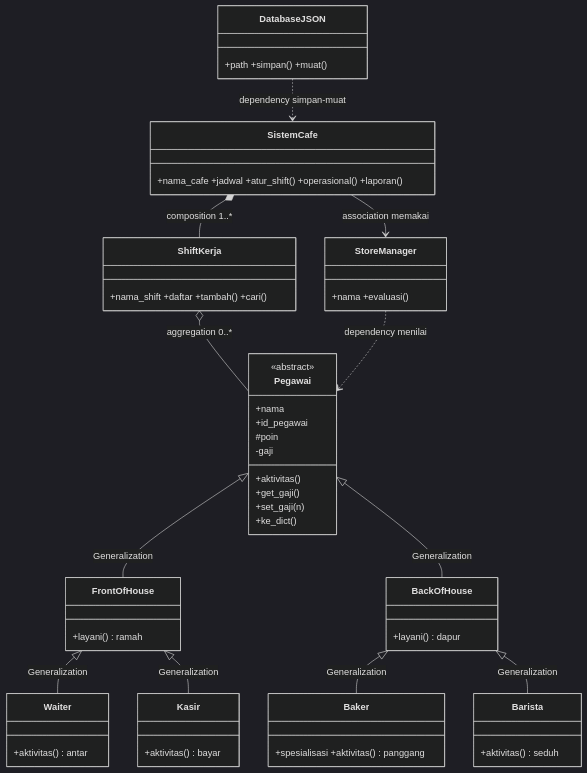
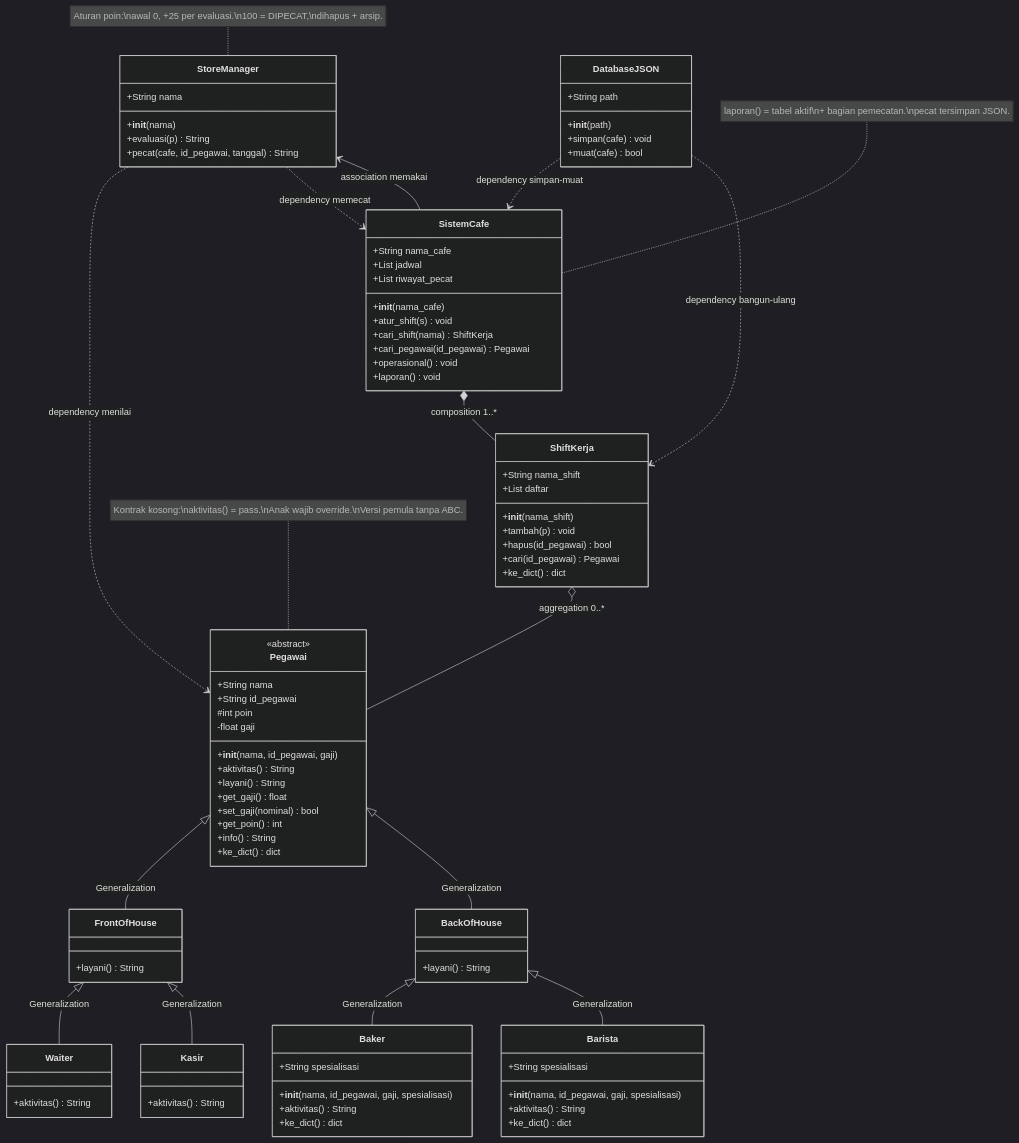
The diagram in docs/UML-kafe.md (rofal-gg/Quiz-PBO), drawn with Mermaid (dark theme) before and after one commit. The commit also changed other lines of this file and 10 other files, not shown here.

````diff
--- a/docs/UML-kafe.md
+++ b/docs/UML-kafe.md
@@ -13,25 +15,75 @@
 classDiagram
     class Pegawai {
         <<abstract>>
-        +nama
-        +id_pegawai
-        #poin
-        -gaji
-        +aktivitas()
-        +get_gaji()
-        +set_gaji(n)
-        +ke_dict()
+        +String nama
+        +String id_pegawai
+        #int poin
+        -float gaji
+        +__init__(nama, id_pegawai, gaji)
+        +aktivitas() String
+        +layani() String
+        +get_gaji() float
+        +set_gaji(nominal) bool
+        +get_poin() int
+        +info() String
+        +ke_dict() dict
     }
-    class FrontOfHouse { +layani() ramah }
-    class BackOfHouse { +layani() dapur }
-    class Waiter { +aktivitas() antar }
-    class Kasir { +aktivitas() bayar }
-    class Baker { +spesialisasi +aktivitas() panggang }
-    class Barista { +aktivitas() seduh }
-    class ShiftKerja { +nama_shift +daftar +tambah() +cari() }
-    class StoreManager { +nama +evaluasi() }
-    class SistemCafe { +nama_cafe +jadwal +atur_shift() +operasional() +laporan() }
-    class DatabaseJSON { +path +simpan() +muat() }
+    class FrontOfHouse {
+        +layani() String
+    }
+    class BackOfHouse {
+        +layani() String
+    }
+    class Waiter {
+        +aktivitas() String
+    }
+    class Kasir {
+        +aktivitas() String
+    }
+    class Baker {
+        +String spesialisasi
+        +__init__(nama, id_pegawai, gaji, spesialisasi)
+        +aktivitas() String
+        +ke_dict() dict
+    }
+    class Barista {
+        +String spesialisasi
+        +__init__(nama, id_pegawai, gaji, spesialisasi)
+        +aktivitas() String
+        +ke_dict() dict
+    }
+    class ShiftKerja {
+        +String nama_shift
+        +List daftar
+        +__init__(nama_shift)
+        +tambah(p) void
+        +hapus(id_pegawai) bool
+        +cari(id_pegawai) Pegawai
+        +ke_dict() dict
+    }
+    class StoreManager {
+        +String nama
+        +__init__(nama)
+        +evaluasi(p) String
+        +pecat(cafe, id_pegawai, tanggal) String
+    }
+    class SistemCafe {
+        +String nama_cafe
+        +List jadwal
+        +List riwayat_pecat
+        +__init__(nama_cafe)
+        +atur_shift(s) void
+        +cari_shift(nama) ShiftKerja
+        +cari_pegawai(id_pegawai) Pegawai
+        +operasional() void
+        +laporan() void
+    }
+    class DatabaseJSON {
+        +String path
+        +__init__(path)
+        +simpan(cafe) void
+        +muat(cafe) bool
+    }
 
     Pegawai <|-- FrontOfHouse : Generalization
     Pegawai <|-- BackOfHouse : Generalization
@@ -42,6 +94,12 @@
     SistemCafe *-- ShiftKerja : composition 1..*
     ShiftKerja o-- Pegawai : aggregation 0..*
     StoreManager ..> Pegawai : dependency menilai
+    StoreManager ..> SistemCafe : dependency memecat
     SistemCafe --> StoreManager : association memakai
     DatabaseJSON ..> SistemCafe : dependency simpan-muat
+    DatabaseJSON ..> ShiftKerja : dependency bangun-ulang
+
+    note for Pegawai "Kontrak kosong:\naktivitas() = pass.\nAnak wajib override.\nVersi pemula tanpa ABC."
+    note for StoreManager "Aturan poin:\nawal 0, +25 per evaluasi.\n100 = DIPECAT,\ndihapus + arsip."
+    note for SistemCafe "laporan() = tabel aktif\n+ bagian pemecatan.\npecat tersimpan JSON."
 ```
````
